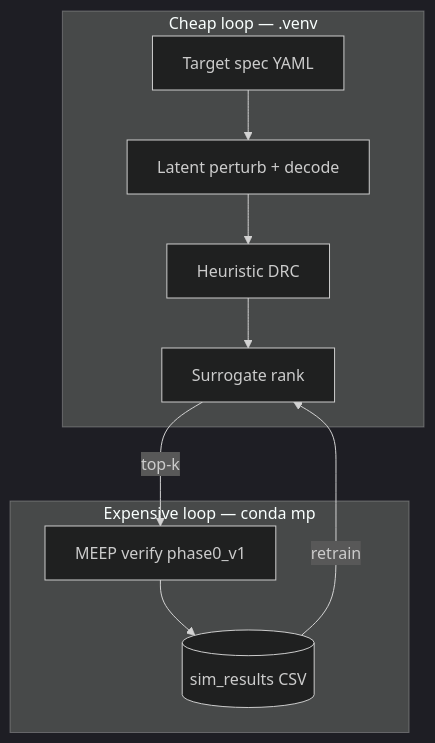
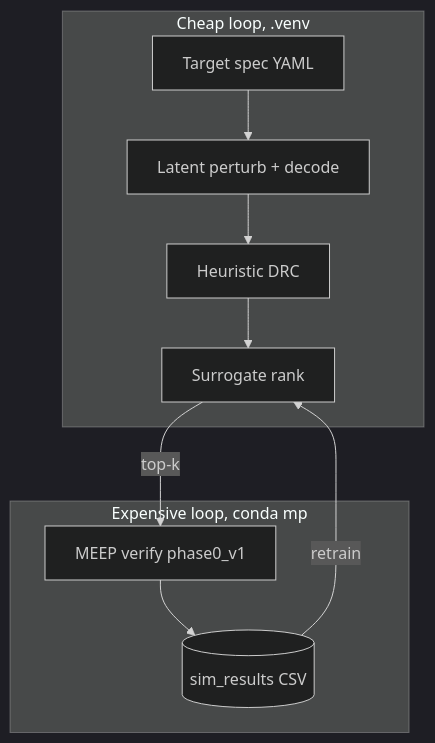
One commit to pberlizov/nanophotonics-inverse-design changed the diagram in README.md. Above: the diagram before and after it, drawn with Mermaid (dark theme). The commit also changed other lines of this file, not shown here.

````diff
--- a/README.md
+++ b/README.md
@@ -95,16 +97,16 @@
 ```mermaid
 flowchart TB
-  subgraph cheap [Cheap loop — .venv]
+  subgraph cheap [Cheap loop, .venv]
     spec[Target spec YAML]
     gen[Latent perturb + decode]
     drc[Heuristic DRC]
     sur[Surrogate rank]
     spec --> gen --> drc --> sur
   end
-  subgraph expensive [Expensive loop — conda mp]
+  subgraph expensive [Expensive loop, conda mp]
     meep[MEEP verify phase0_v1]
     corpus[(sim_results CSV)]
     sur -->|top-k| meep --> corpus
   end
   corpus -->|retrain| sur
 ```
````
